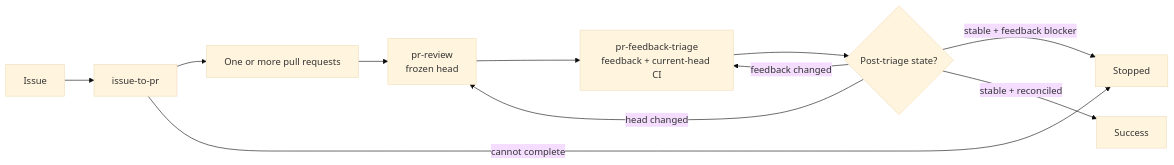
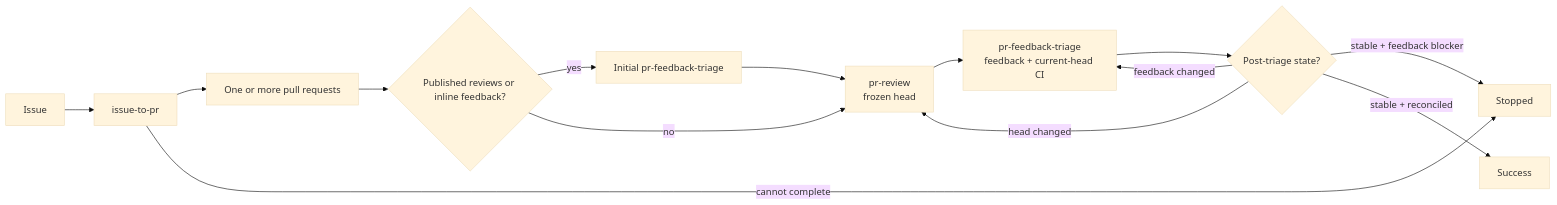
The diagram in README.md (dceoy/pr-loop), drawn with Mermaid (base theme) before and after one commit. The commit also changed other lines of this file, not shown here.

Commit message:
Document review-aware entry phase for pr-loop

````diff
--- a/README.md
+++ b/README.md
@@ -16,12 +16,15 @@
 ```mermaid
 flowchart LR
   I[Issue] --> P[issue-to-pr] --> PR[One or more pull requests]
-  PR --> R[pr-review<br/>frozen head]
+  PR --> Q{Published reviews or inline feedback?}
+  Q -->|yes| T[Initial pr-feedback-triage]
+  T --> R
+  Q -->|no| R[pr-review<br/>frozen head]
   R --> F[pr-feedback-triage<br/>feedback + current-head CI]
   F --> D{Post-triage state?}
   D -->|head changed| R
   D -->|feedback changed| F
   D -->|stable + feedback blocker| X[Stopped]
   D -->|stable + reconciled| S[Success]
   P -->|cannot complete| X
 ```
````
